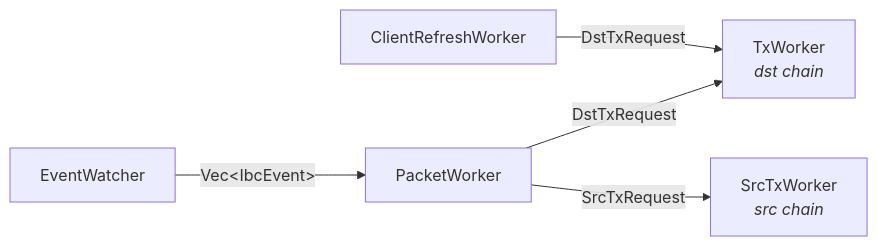
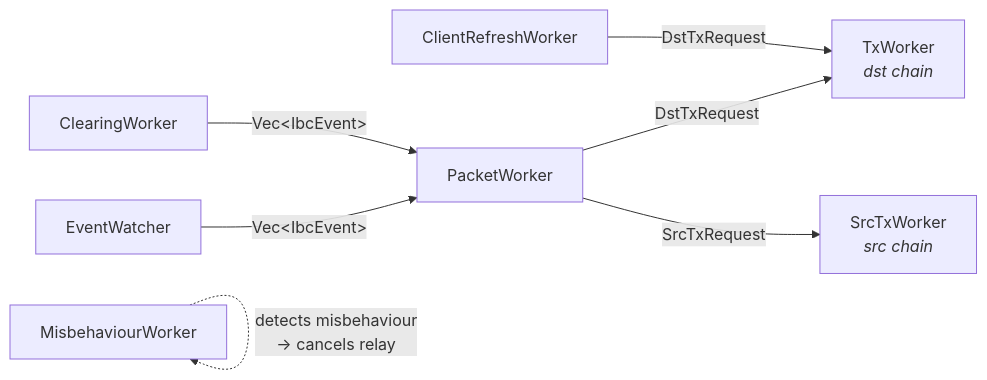
The second of 2 diagrams in docs/architecture.md (vaporif/mercury), drawn with Mermaid before and after one commit. The commit also changed other lines of this file and 1 other file, not shown here.

````diff
--- a/docs/architecture.md
+++ b/docs/architecture.md
@@ -115,13 +115,17 @@
 ```mermaid
 graph LR
     EW[EventWatcher]
+    CW[ClearingWorker]
     PW[PacketWorker]
     TW[TxWorker<br/><i>dst chain</i>]
     STW[SrcTxWorker<br/><i>src chain</i>]
     CRW[ClientRefreshWorker]
+    MW[MisbehaviourWorker]
 
     EW -- "Vec&lt;IbcEvent&gt;" --> PW
+    CW -- "Vec&lt;IbcEvent&gt;" --> PW
     PW -- DstTxRequest --> TW
     PW -- SrcTxRequest --> STW
     CRW -- DstTxRequest --> TW
+    MW -. "detects misbehaviour<br/>→ cancels relay" .-> MW
 ```
````
